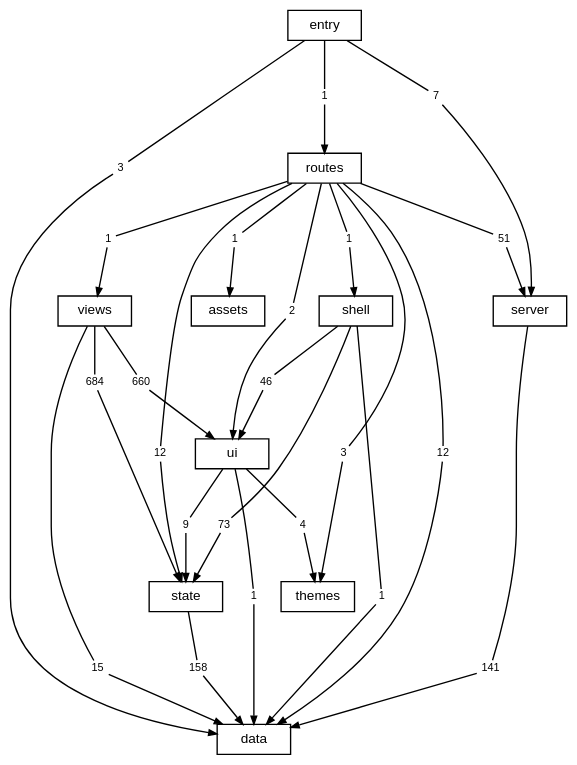
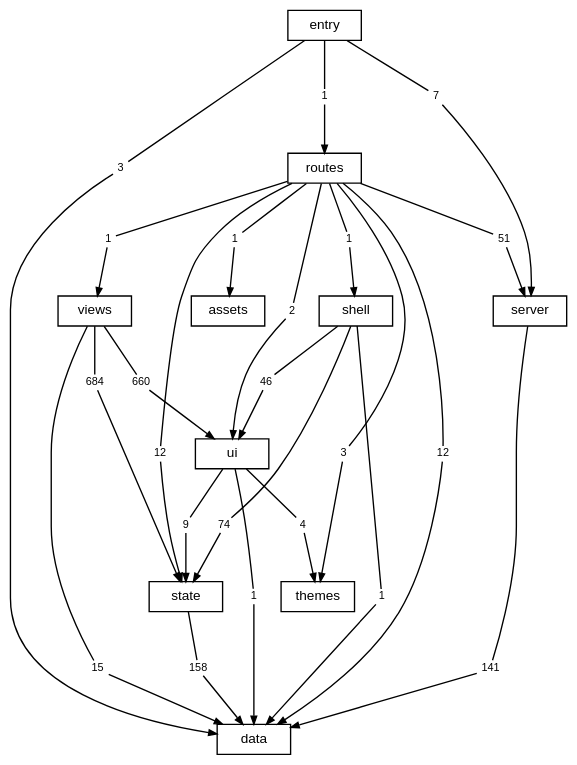
The diagram in docs/diagrams/layers.dot (TheAxeC/oculus), drawn with Graphviz before and after one commit. The commit also changed 31 other files, not shown here.

```diff
--- a/docs/diagrams/layers.dot
+++ b/docs/diagrams/layers.dot
@@ -1,81 +1,81 @@
 digraph layers {
     graph [bgcolor="transparent", rankdir=TB, newrank=true, fontname="Helvetica,Arial,sans-serif", fontsize=12, nodesep=0.2, ranksep=0.5];
     node [shape=box, color="black", fontcolor="black", fontname="Helvetica,Arial,sans-serif", fontsize=10, height=0.3, margin="0.12,0.04"];
     edge [color="black", fontcolor="black", fontname="Helvetica,Arial,sans-serif", fontsize=8, arrowsize=0.6];
     "data";
     "server";
     "state";
     "ui";
     "shell";
     "views";
     "themes";
     "routes";
     "src" [label="entry"];
     "files: assets" [label="assets"];
     "routes to data" [label="12", shape=box, color="transparent", fontsize=8, width=0, height=0, margin="0.04,0.02"];
     "routes" -> "routes to data" [arrowhead=none];
     "routes to data" -> "data" [];
     "routes to files: assets" [label="1", shape=box, color="transparent", fontsize=8, width=0, height=0, margin="0.04,0.02"];
     "routes" -> "routes to files: assets" [arrowhead=none];
     "routes to files: assets" -> "files: assets" [];
     "routes to server" [label="51", shape=box, color="transparent", fontsize=8, width=0, height=0, margin="0.04,0.02"];
     "routes" -> "routes to server" [arrowhead=none];
     "routes to server" -> "server" [];
     "routes to shell" [label="1", shape=box, color="transparent", fontsize=8, width=0, height=0, margin="0.04,0.02"];
     "routes" -> "routes to shell" [arrowhead=none];
     "routes to shell" -> "shell" [];
     "routes to state" [label="12", shape=box, color="transparent", fontsize=8, width=0, height=0, margin="0.04,0.02"];
     "routes" -> "routes to state" [arrowhead=none];
     "routes to state" -> "state" [];
     "routes to themes" [label="3", shape=box, color="transparent", fontsize=8, width=0, height=0, margin="0.04,0.02"];
     "routes" -> "routes to themes" [arrowhead=none];
     "routes to themes" -> "themes" [];
     "routes to ui" [label="2", shape=box, color="transparent", fontsize=8, width=0, height=0, margin="0.04,0.02"];
     "routes" -> "routes to ui" [arrowhead=none];
     "routes to ui" -> "ui" [];
     "routes to views" [label="1", shape=box, color="transparent", fontsize=8, width=0, height=0, margin="0.04,0.02"];
     "routes" -> "routes to views" [arrowhead=none];
     "routes to views" -> "views" [];
     "server to data" [label="141", shape=box, color="transparent", fontsize=8, width=0, height=0, margin="0.04,0.02"];
     "server" -> "server to data" [arrowhead=none];
     "server to data" -> "data" [];
     "shell to data" [label="1", shape=box, color="transparent", fontsize=8, width=0, height=0, margin="0.04,0.02"];
     "shell" -> "shell to data" [arrowhead=none];
     "shell to data" -> "data" [];
-    "shell to state" [label="73", shape=box, color="transparent", fontsize=8, width=0, height=0, margin="0.04,0.02"];
+    "shell to state" [label="74", shape=box, color="transparent", fontsize=8, width=0, height=0, margin="0.04,0.02"];
     "shell" -> "shell to state" [arrowhead=none];
     "shell to state" -> "state" [];
     "shell to ui" [label="46", shape=box, color="transparent", fontsize=8, width=0, height=0, margin="0.04,0.02"];
     "shell" -> "shell to ui" [arrowhead=none];
     "shell to ui" -> "ui" [];
     "src to data" [label="3", shape=box, color="transparent", fontsize=8, width=0, height=0, margin="0.04,0.02"];
     "src" -> "src to data" [arrowhead=none];
     "src to data" -> "data" [];
     "src to routes" [label="1", shape=box, color="transparent", fontsize=8, width=0, height=0, margin="0.04,0.02"];
     "src" -> "src to routes" [arrowhead=none];
     "src to routes" -> "routes" [];
     "src to server" [label="7", shape=box, color="transparent", fontsize=8, width=0, height=0, margin="0.04,0.02"];
     "src" -> "src to server" [arrowhead=none];
     "src to server" -> "server" [];
     "state to data" [label="158", shape=box, color="transparent", fontsize=8, width=0, height=0, margin="0.04,0.02"];
     "state" -> "state to data" [arrowhead=none];
     "state to data" -> "data" [];
     "ui to data" [label="1", shape=box, color="transparent", fontsize=8, width=0, height=0, margin="0.04,0.02"];
     "ui" -> "ui to data" [arrowhead=none];
     "ui to data" -> "data" [];
     "ui to state" [label="9", shape=box, color="transparent", fontsize=8, width=0, height=0, margin="0.04,0.02"];
     "ui" -> "ui to state" [arrowhead=none];
     "ui to state" -> "state" [];
     "ui to themes" [label="4", shape=box, color="transparent", fontsize=8, width=0, height=0, margin="0.04,0.02"];
     "ui" -> "ui to themes" [arrowhead=none];
     "ui to themes" -> "themes" [];
     "views to data" [label="15", shape=box, color="transparent", fontsize=8, width=0, height=0, margin="0.04,0.02"];
     "views" -> "views to data" [arrowhead=none];
     "views to data" -> "data" [];
     "views to state" [label="684", shape=box, color="transparent", fontsize=8, width=0, height=0, margin="0.04,0.02"];
     "views" -> "views to state" [arrowhead=none];
     "views to state" -> "state" [];
     "views to ui" [label="660", shape=box, color="transparent", fontsize=8, width=0, height=0, margin="0.04,0.02"];
     "views" -> "views to ui" [arrowhead=none];
     "views to ui" -> "ui" [];
 }
```
